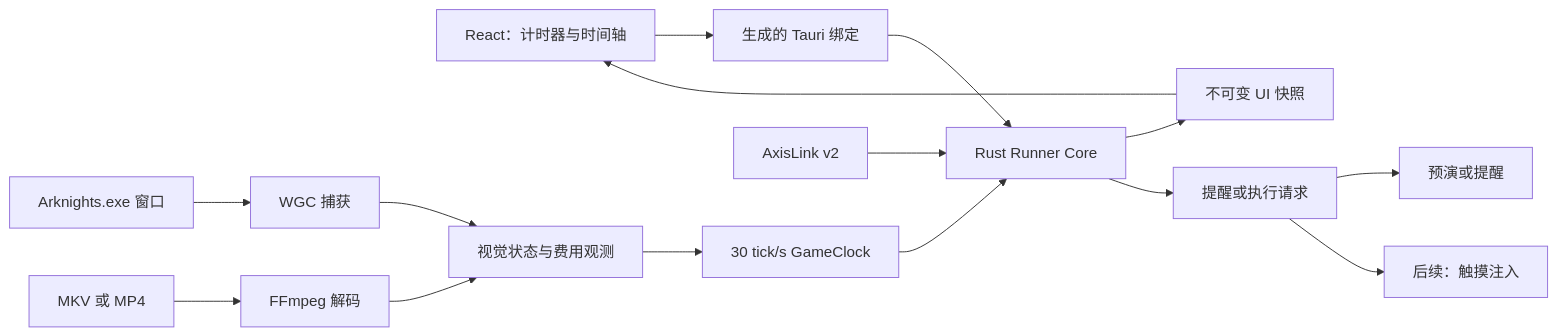
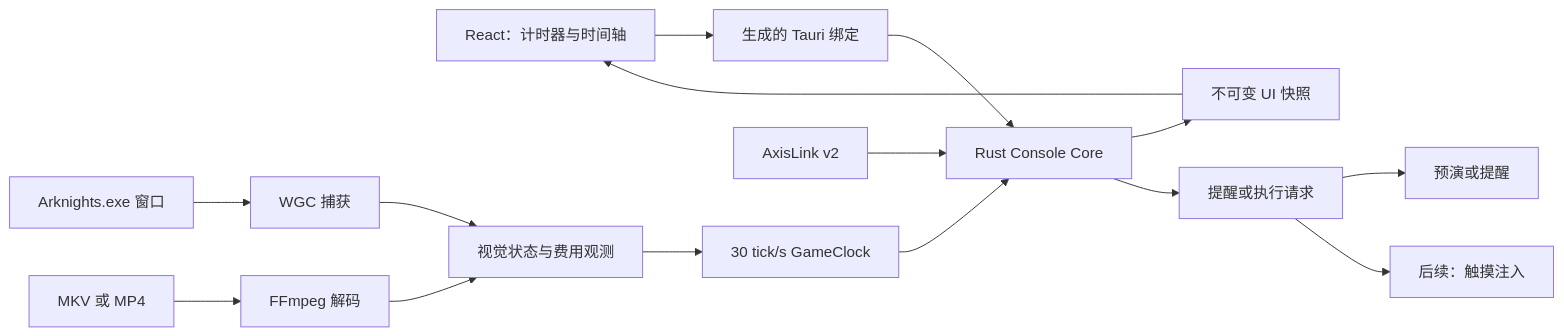
The diagram in docs/product/architecture.md (reKelin/Arknights-Operation-Console), drawn with Mermaid before and after one commit. The commit also changed other lines of this file and 15 other files, not shown here.

First line of the commit message:
docs: 统一 Console 产品名称，清理 Runner 文档残留 (#20)

````diff
--- a/docs/product/architecture.md
+++ b/docs/product/architecture.md
@@ -19,17 +19,17 @@
 ```mermaid
 flowchart LR
   UI["React：计时器与时间轴"] --> Commands["生成的 Tauri 绑定"]
-  Commands --> Core["Rust Runner Core"]
+  Commands --> Core["Rust Console Core"]
   Window["Arknights.exe 窗口"] --> Capture["WGC 捕获"]
   Recording["MKV 或 MP4"] --> Decode["FFmpeg 解码"]
   Capture --> Vision["视觉状态与费用观测"]
   Decode --> Vision
   Vision --> Clock["30 tick/s GameClock"]
   Clock --> Core
   Axis["AxisLink v2"] --> Core
   Core --> Snapshot["不可变 UI 快照"]
   Core --> Output["提醒或执行请求"]
   Snapshot --> UI
   Output --> DryRun["预演或提醒"]
   Output --> Touch["后续：触摸注入"]
 ```
````
